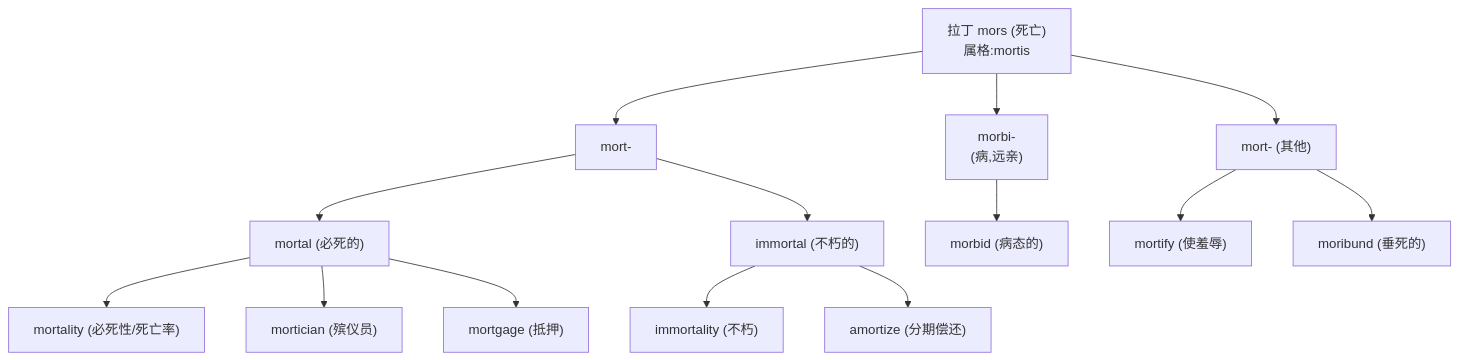
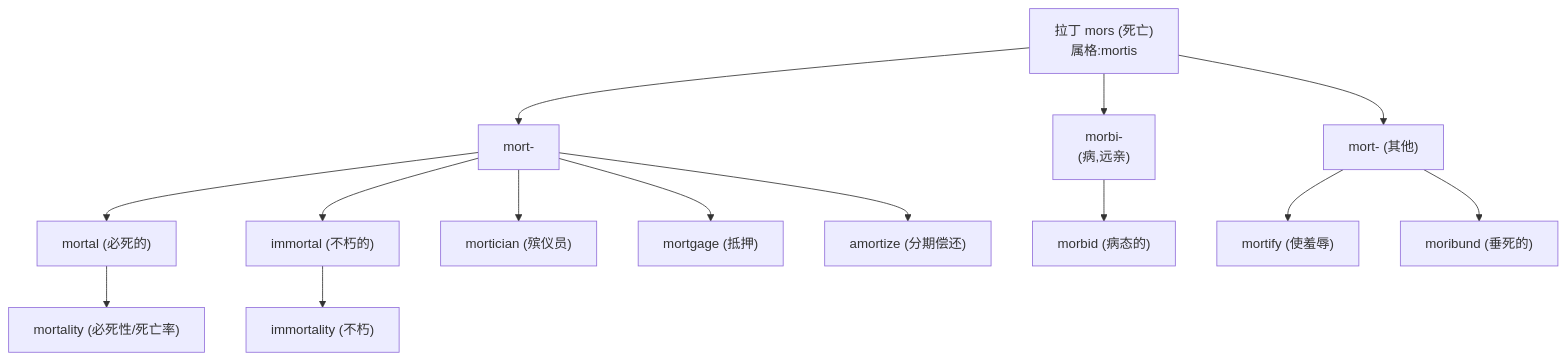
One commit to swiftczz/roots-affixes-book changed the second of 4 diagrams in 02-拉丁之根/第10章-mors家族.md. Above: the diagram before and after it, drawn with Mermaid. The commit also changed other lines of this file and 35 other files, not shown here.

````diff
--- a/02-拉丁之根/第10章-mors家族.md
+++ b/02-拉丁之根/第10章-mors家族.md
@@ -50,20 +50,20 @@
 ```mermaid
 flowchart TD
     mors["拉丁 mors (死亡)<br/>属格:mortis"]
     mors --> mort["mort-"]
     mors --> morbi["morbi-<br/>(病,远亲)"]
     mors --> mortoth["mort- (其他)"]
 
     mort --> mortal["mortal (必死的)"]
     mort --> immortal["immortal (不朽的)"]
     mortal --> mortality["mortality (必死性/死亡率)"]
-    mortal --> mortician["mortician (殡仪员)"]
-    mortal --> mortgage["mortgage (抵押)"]
+    mort --> mortician["mortician (殡仪员)"]
+    mort --> mortgage["mortgage (抵押)"]
     immortal --> immortality["immortality (不朽)"]
-    immortal --> amortize["amortize (分期偿还)"]
+    mort --> amortize["amortize (分期偿还)"]
 
     morbi --> morbid["morbid (病态的)"]
 
     mortoth --> mortify["mortify (使羞辱)"]
     mortoth --> moribund["moribund (垂死的)"]
 ```
````
